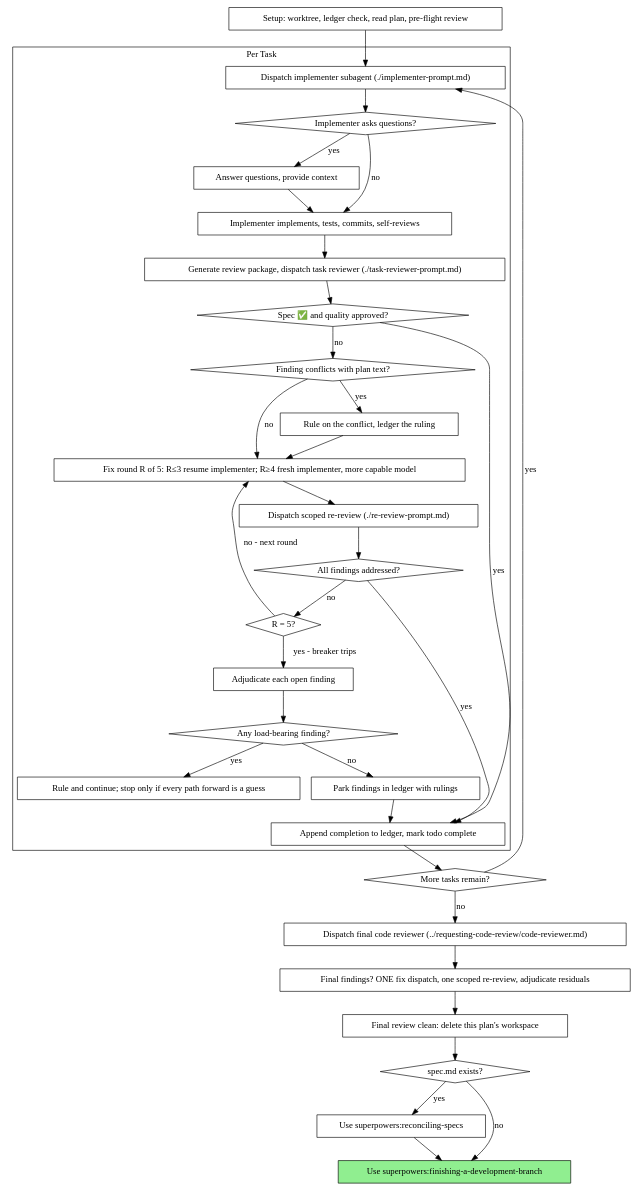
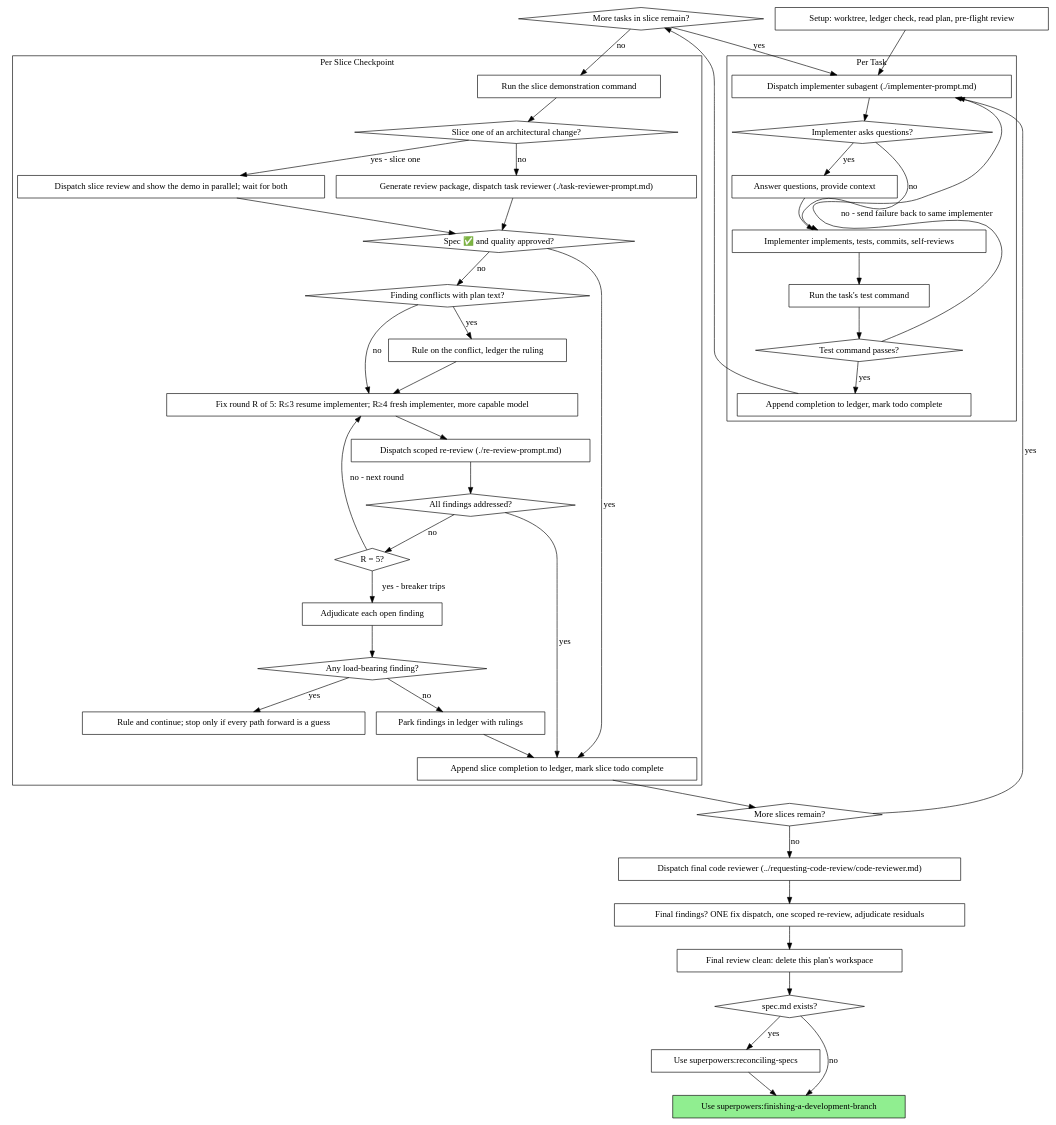
The second of 2 diagrams in skills/subagent-driven-development/SKILL.md (BlastBlastBlast/more_superpowers), drawn with Graphviz before and after one commit. The commit also changed other lines of this file and 2 other files, not shown here.

Commit message:
feat: SDD reviews once per slice, and runs the tests after each task

```diff
--- a/skills/subagent-driven-development/SKILL.md
+++ b/skills/subagent-driven-development/SKILL.md
@@ -82,6 +82,16 @@
         "Implementer asks questions?" [shape=diamond];
         "Answer questions, provide context" [shape=box];
         "Implementer implements, tests, commits, self-reviews" [shape=box];
+        "Run the task's test command" [shape=box];
+        "Test command passes?" [shape=diamond];
+        "Append completion to ledger, mark todo complete" [shape=box];
+    }
+
+    subgraph cluster_per_slice {
+        label="Per Slice Checkpoint";
+        "Run the slice demonstration command" [shape=box];
+        "Slice one of an architectural change?" [shape=diamond];
+        "Dispatch slice review and show the demo in parallel; wait for both" [shape=box];
         "Generate review package, dispatch task reviewer (./task-reviewer-prompt.md)" [shape=box];
         "Spec ✅ and quality approved?" [shape=diamond];
         "Finding conflicts with plan text?" [shape=diamond];
@@ -94,11 +104,12 @@
         "Any load-bearing finding?" [shape=diamond];
         "Rule and continue; stop only if every path forward is a guess" [shape=box];
         "Park findings in ledger with rulings" [shape=box];
-        "Append completion to ledger, mark todo complete" [shape=box];
+        "Append slice completion to ledger, mark slice todo complete" [shape=box];
     }
 
     "Setup: worktree, ledger check, read plan, pre-flight review" [shape=box];
-    "More tasks remain?" [shape=diamond];
+    "More tasks in slice remain?" [shape=diamond];
+    "More slices remain?" [shape=diamond];
     "Dispatch final code reviewer (../requesting-code-review/code-reviewer.md)" [shape=box];
     "Final findings? ONE fix dispatch, one scoped re-review, adjudicate residuals" [shape=box];
     "Final review clean: delete this plan's workspace" [shape=box];
@@ -111,26 +122,36 @@
     "Implementer asks questions?" -> "Answer questions, provide context" [label="yes"];
     "Answer questions, provide context" -> "Implementer implements, tests, commits, self-reviews";
     "Implementer asks questions?" -> "Implementer implements, tests, commits, self-reviews" [label="no"];
-    "Implementer implements, tests, commits, self-reviews" -> "Generate review package, dispatch task reviewer (./task-reviewer-prompt.md)";
+    "Implementer implements, tests, commits, self-reviews" -> "Run the task's test command";
+    "Run the task's test command" -> "Test command passes?";
+    "Test command passes?" -> "Append completion to ledger, mark todo complete" [label="yes"];
+    "Test command passes?" -> "Dispatch implementer subagent (./implementer-prompt.md)" [label="no - send failure back to same implementer"];
+    "Append completion to ledger, mark todo complete" -> "More tasks in slice remain?";
+    "More tasks in slice remain?" -> "Dispatch implementer subagent (./implementer-prompt.md)" [label="yes"];
+    "More tasks in slice remain?" -> "Run the slice demonstration command" [label="no"];
+    "Run the slice demonstration command" -> "Slice one of an architectural change?";
+    "Slice one of an architectural change?" -> "Dispatch slice review and show the demo in parallel; wait for both" [label="yes - slice one"];
+    "Slice one of an architectural change?" -> "Generate review package, dispatch task reviewer (./task-reviewer-prompt.md)" [label="no"];
+    "Dispatch slice review and show the demo in parallel; wait for both" -> "Spec ✅ and quality approved?";
     "Generate review package, dispatch task reviewer (./task-reviewer-prompt.md)" -> "Spec ✅ and quality approved?";
-    "Spec ✅ and quality approved?" -> "Append completion to ledger, mark todo complete" [label="yes"];
+    "Spec ✅ and quality approved?" -> "Append slice completion to ledger, mark slice todo complete" [label="yes"];
     "Spec ✅ and quality approved?" -> "Finding conflicts with plan text?" [label="no"];
     "Finding conflicts with plan text?" -> "Rule on the conflict, ledger the ruling" [label="yes"];
     "Rule on the conflict, ledger the ruling" -> "Fix round R of 5: R≤3 resume implementer; R≥4 fresh implementer, more capable model";
     "Finding conflicts with plan text?" -> "Fix round R of 5: R≤3 resume implementer; R≥4 fresh implementer, more capable model" [label="no"];
     "Fix round R of 5: R≤3 resume implementer; R≥4 fresh implementer, more capable model" -> "Dispatch scoped re-review (./re-review-prompt.md)";
     "Dispatch scoped re-review (./re-review-prompt.md)" -> "All findings addressed?";
-    "All findings addressed?" -> "Append completion to ledger, mark todo complete" [label="yes"];
+    "All findings addressed?" -> "Append slice completion to ledger, mark slice todo complete" [label="yes"];
     "All findings addressed?" -> "R = 5?" [label="no"];
     "R = 5?" -> "Fix round R of 5: R≤3 resume implementer; R≥4 fresh implementer, more capable model" [label="no - next round"];
     "R = 5?" -> "Adjudicate each open finding" [label="yes - breaker trips"];
     "Adjudicate each open finding" -> "Any load-bearing finding?";
     "Any load-bearing finding?" -> "Rule and continue; stop only if every path forward is a guess" [label="yes"];
     "Any load-bearing finding?" -> "Park findings in ledger with rulings" [label="no"];
-    "Park findings in ledger with rulings" -> "Append completion to ledger, mark todo complete";
-    "Append completion to ledger, mark todo complete" -> "More tasks remain?";
-    "More tasks remain?" -> "Dispatch implementer subagent (./implementer-prompt.md)" [label="yes"];
-    "More tasks remain?" -> "Dispatch final code reviewer (../requesting-code-review/code-reviewer.md)" [label="no"];
+    "Park findings in ledger with rulings" -> "Append slice completion to ledger, mark slice todo complete";
+    "Append slice completion to ledger, mark slice todo complete" -> "More slices remain?";
+    "More slices remain?" -> "Dispatch implementer subagent (./implementer-prompt.md)" [label="yes"];
+    "More slices remain?" -> "Dispatch final code reviewer (../requesting-code-review/code-reviewer.md)" [label="no"];
     "Dispatch final code reviewer (../requesting-code-review/code-reviewer.md)" -> "Final findings? ONE fix dispatch, one scoped re-review, adjudicate residuals";
     "Final findings? ONE fix dispatch, one scoped re-review, adjudicate residuals" -> "Final review clean: delete this plan's workspace";
     "Final review clean: delete this plan's workspace" -> "spec.md exists?";
```
